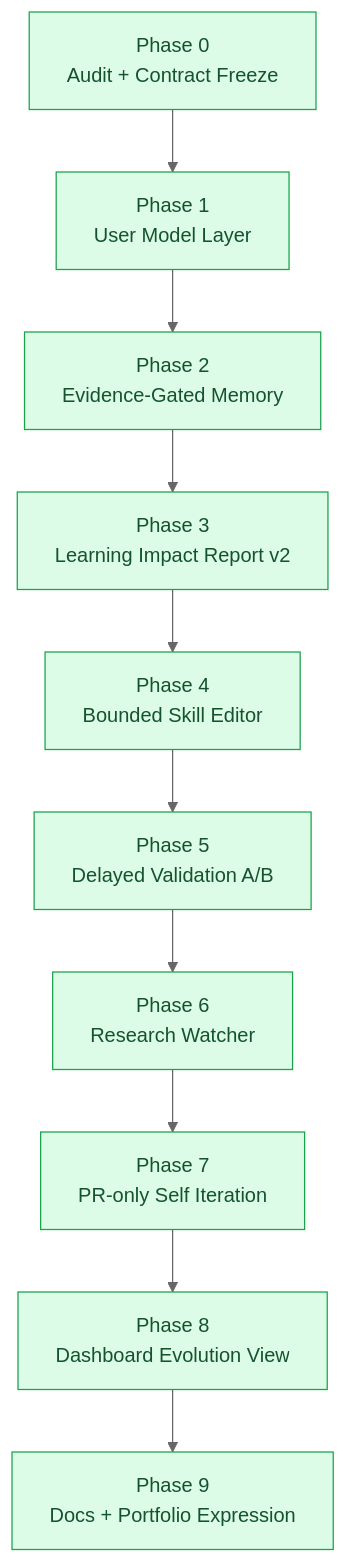
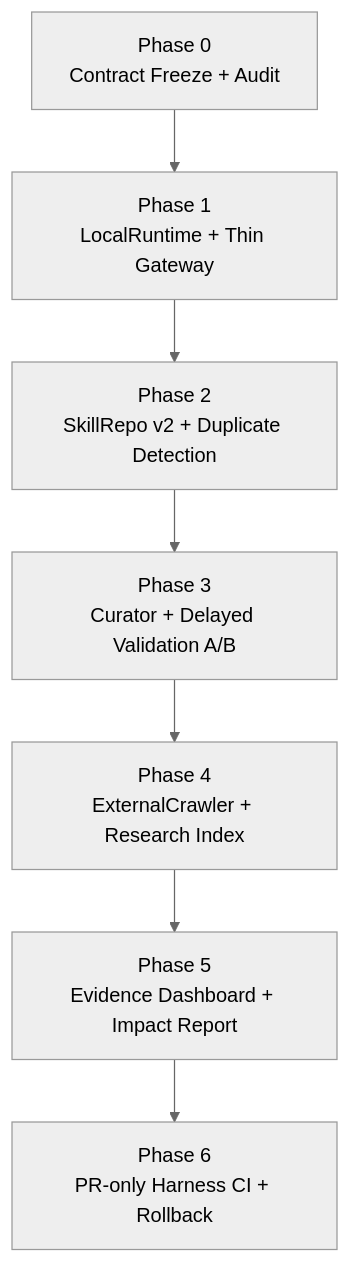
Diagram 14 of 15 in README.md (liuanye9-lab/OS-Agent), drawn with Mermaid (neutral theme) before and after one commit. The commit also changed other lines of this file and 18 other files, not shown here.

````diff
--- a/README.md
+++ b/README.md
@@ -1000,18 +1024,12 @@
 ```mermaid
 flowchart TD
-    P0[Phase 0<br/>Audit + Contract Freeze]
-    P1[Phase 1<br/>User Model Layer]
-    P2[Phase 2<br/>Evidence-Gated Memory]
-    P3[Phase 3<br/>Learning Impact Report v2]
-    P4[Phase 4<br/>Bounded Skill Editor]
-    P5[Phase 5<br/>Delayed Validation A/B]
-    P6[Phase 6<br/>Research Watcher]
-    P7[Phase 7<br/>PR-only Self Iteration]
-    P8[Phase 8<br/>Dashboard Evolution View]
-    P9[Phase 9<br/>Docs + Portfolio Expression]
+    P0[Phase 0<br/>Contract Freeze + Audit]
+    P1[Phase 1<br/>LocalRuntime + Thin Gateway]
+    P2[Phase 2<br/>SkillRepo v2 + Duplicate Detection]
+    P3[Phase 3<br/>Curator + Delayed Validation A/B]
+    P4[Phase 4<br/>ExternalCrawler + Research Index]
+    P5[Phase 5<br/>Evidence Dashboard + Impact Report]
+    P6[Phase 6<br/>PR-only Harness CI + Rollback]
 
-    P0 --> P1 --> P2 --> P3 --> P4 --> P5 --> P6 --> P7 --> P8 --> P9
-
-    classDef done fill:#dcfce7,stroke:#16a34a,color:#14532d;
-    class P0,P1,P2,P3,P4,P5,P6,P7,P8,P9 done;
+    P0 --> P1 --> P2 --> P3 --> P4 --> P5 --> P6
 ```
````
